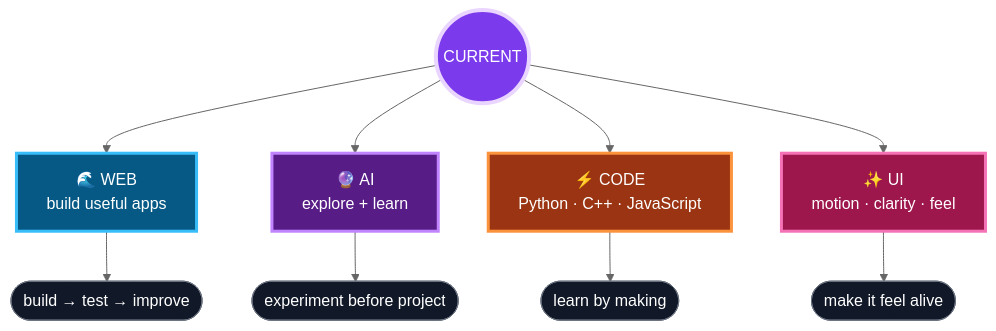
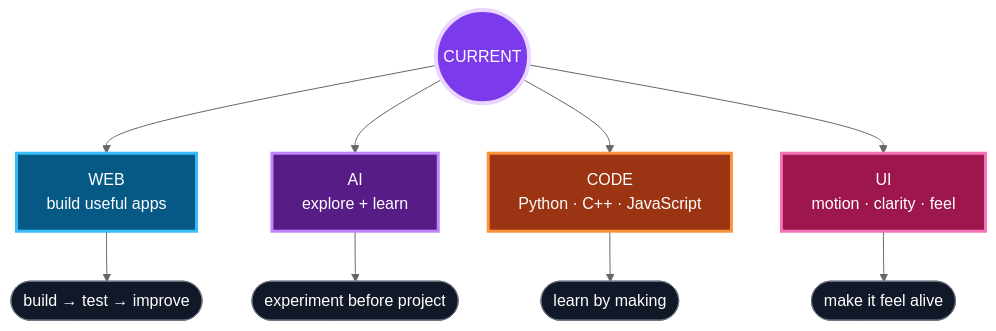
The third of 4 diagrams in README.md (alebaqinduni/alebaqinduni), drawn with Mermaid (neutral theme) before and after one commit. The commit also changed other lines of this file, not shown here.

````diff
--- a/README.md
+++ b/README.md
@@ -155,18 +162,18 @@
 ```mermaid
 flowchart TB
     CORE((CURRENT)):::core
-    CORE --> WEB[🌊 WEB<br/>build useful apps]:::web
-    CORE --> AI[🔮 AI<br/>explore + learn]:::ai
-    CORE --> CODE[⚡ CODE<br/>Python · C++ · JavaScript]:::code
-    CORE --> UI[✨ UI<br/>motion · clarity · feel]:::ui
+    CORE --> WEB[WEB<br/>build useful apps]:::web
+    CORE --> AI[AI<br/>explore + learn]:::ai
+    CORE --> CODE[CODE<br/>Python · C++ · JavaScript]:::code
+    CORE --> UI[UI<br/>motion · clarity · feel]:::ui
     WEB --> SHIP([build → test → improve]):::small
     AI --> EXP([experiment before project]):::small
     CODE --> PRACTICE([learn by making]):::small
     UI --> DETAIL([make it feel alive]):::small
     classDef core fill:#7C3AED,stroke:#E9D5FF,color:#fff,stroke-width:4px;
     classDef web fill:#075985,stroke:#38BDF8,color:#fff,stroke-width:3px;
     classDef ai fill:#581C87,stroke:#C084FC,color:#fff,stroke-width:3px;
     classDef code fill:#9A3412,stroke:#FB923C,color:#fff,stroke-width:3px;
     classDef ui fill:#9D174D,stroke:#F472B6,color:#fff,stroke-width:3px;
     classDef small fill:#111827,stroke:#6B7280,color:#fff;
 ```
````
